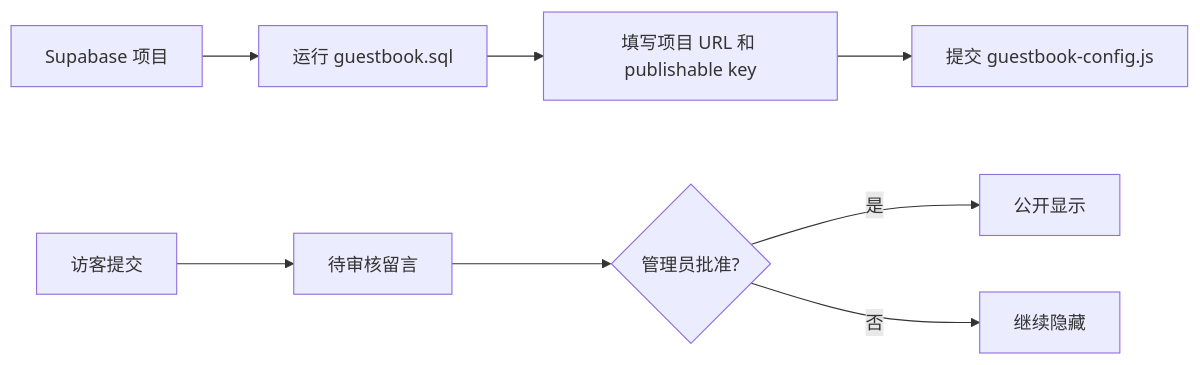
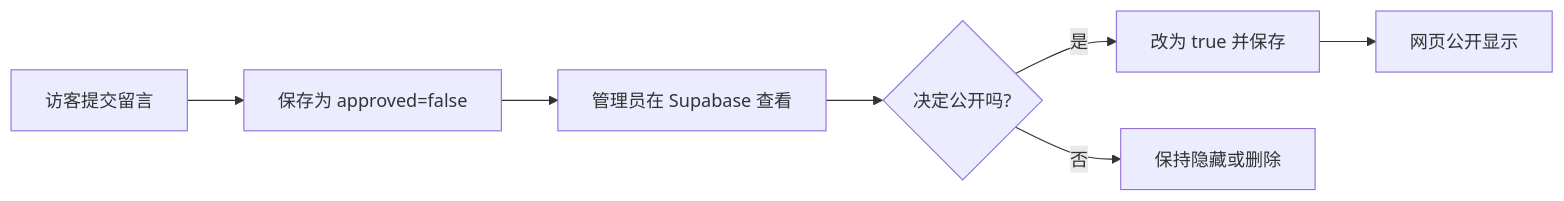
One commit to hbxs0571/hbxs0571.github.io changed the third of 3 diagrams in docs/重新部署教程.md. Above: the diagram before and after it, drawn with Mermaid. The commit also changed other lines of this file, not shown here.

````diff
--- a/docs/重新部署教程.md
+++ b/docs/重新部署教程.md
@@ -76,10 +201,9 @@
-~~~mermaid
+```mermaid
 flowchart LR
-    A[Supabase 项目] --> B[运行 guestbook.sql]
-    B --> C[填写项目 URL 和 publishable key]
-    C --> D[提交 guestbook-config.js]
-    E[访客提交] --> F[待审核留言]
-    F --> G{管理员批准?}
-    G -- 是 --> H[公开显示]
-    G -- 否 --> I[继续隐藏]
-~~~
+    A[访客提交留言] --> B[保存为 approved=false]
+    B --> C[管理员在 Supabase 查看]
+    C --> D{决定公开吗?}
+    D -- 是 --> E[改为 true 并保存]
+    E --> F[网页公开显示]
+    D -- 否 --> G[保持隐藏或删除]
+```
````
